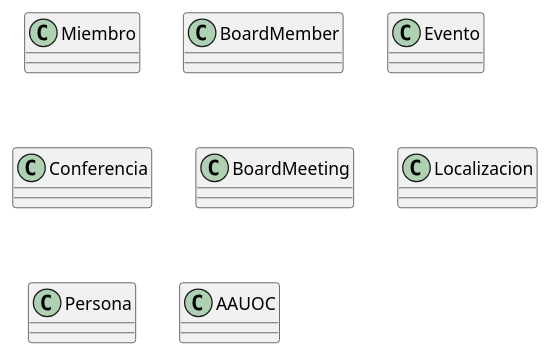
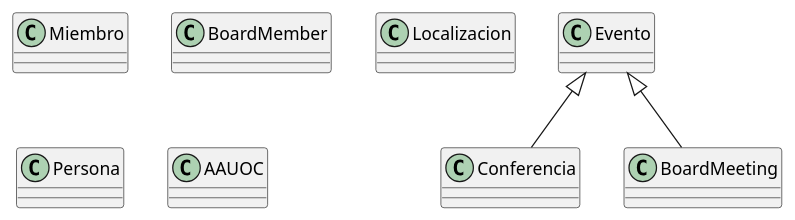
The diagram in src/EjercicioUML.puml (abrahambelen/UMLClasesAbrahamBelenDuran), drawn with PlantUML before and after one commit.

Commit message:
Creación del primer modelo de datos

```diff
--- a/src/EjercicioUML.puml
+++ b/src/EjercicioUML.puml
@@ -1,35 +1,40 @@
 @startuml
 
 class Miembro{
 
 }
 
 class BoardMember{
 
 }
 
 class Evento{
+
 
 }
 
 class Conferencia{
 
 }
 
 class BoardMeeting{
 
 }
 
 class Localizacion{
 
 }
 
 class Persona{
 
 }
 
 class AAUOC{
 
 }
 
+Evento <|-- Conferencia
+Evento <|-- BoardMeeting
+
+
 @enduml
```
